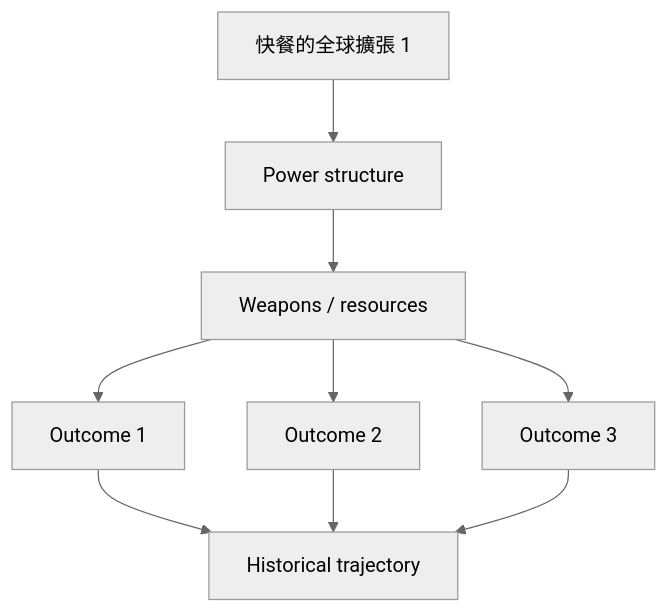
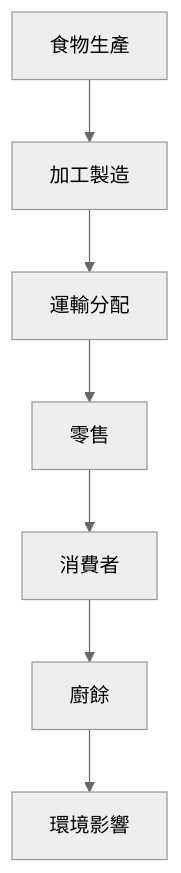
The third of 7 diagrams in 01_HKU_Courses/HIST2077_Eating_history.md (yip-lgtm/HKU-Harvard-History-Self-Study), drawn with Mermaid (neutral theme) before and after one commit. The commit also changed other lines of this file and 48 other files, not shown here.

````diff
--- a/01_HKU_Courses/HIST2077_Eating_history.md
+++ b/01_HKU_Courses/HIST2077_Eating_history.md
@@ -185,11 +123,9 @@
 ```mermaid
-graph TD
-    A[快餐的全球擴張 1] --> B[Power structure]
-    B --> C[Weapons / resources]
-    C --> D[Outcome 1]
-    C --> E[Outcome 2]
-    C --> F[Outcome 3]
-    D --> G[Historical trajectory]
-    E --> G
-    F --> G
+flowchart TD
+    A[食物生產] --> B[加工製造]
+    B --> C[運輸分配]
+    C --> D[零售]
+    D --> E[消費者]
+    E --> F[廚餘]
+    F --> G[環境影響]
 ```
````
